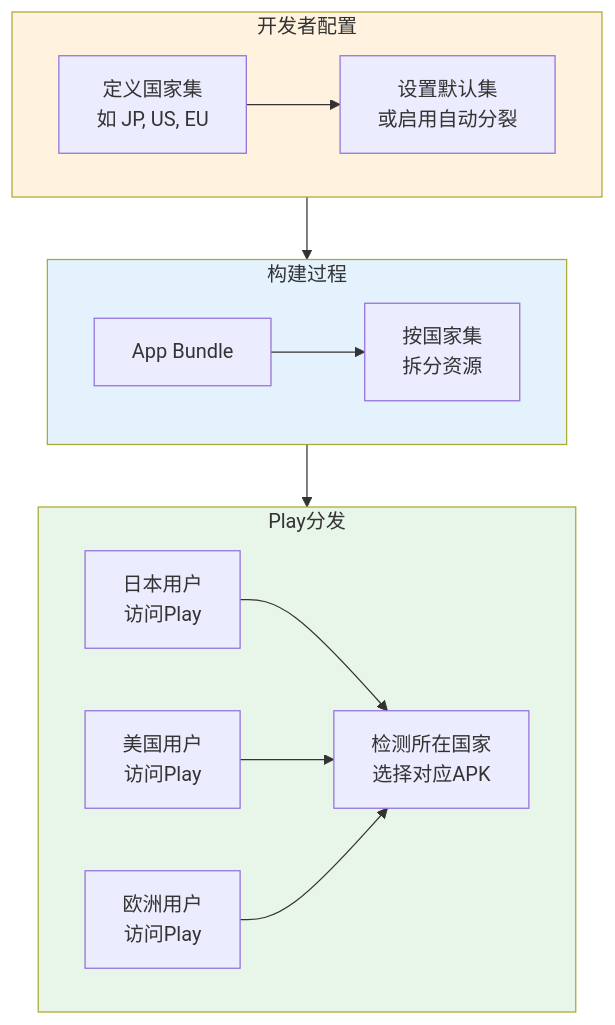
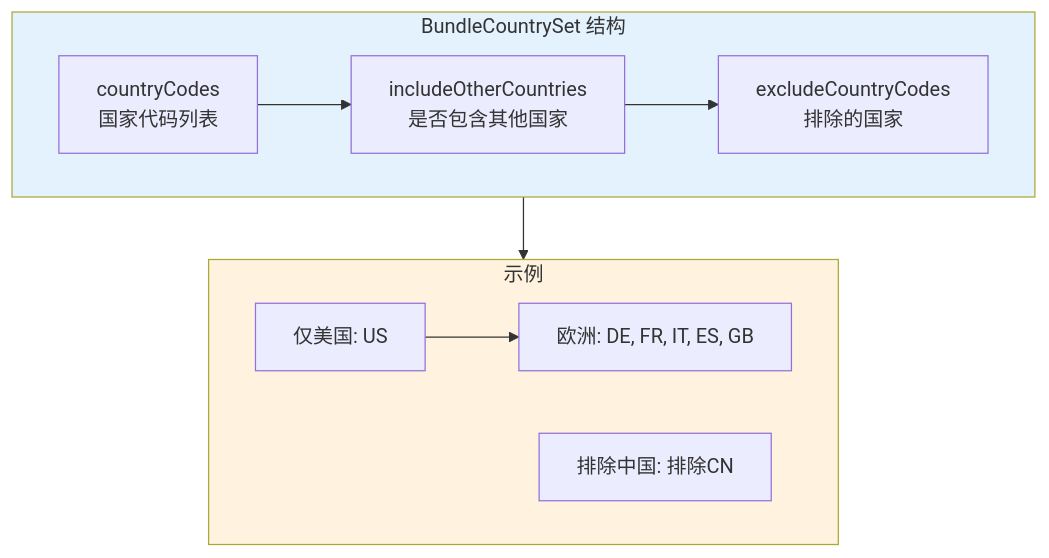
Before and after one commit to Carrie-L/carrie-l.github.io: the second of 6 diagrams in AndroidDeveloperGuideStory/Contents/vol21/21.1.92 捆绑国家集.md, drawn with Mermaid. The commit also changed other lines of this file, not shown here.

````diff
--- a/AndroidDeveloperGuideStory/Contents/vol21/21.1.92 捆绑国家集.md
+++ b/AndroidDeveloperGuideStory/Contents/vol21/21.1.92 捆绑国家集.md
@@ -81,22 +79,21 @@
 ```mermaid
 flowchart TB
-    subgraph Config["开发者配置"]
-        C1[定义国家集<br/>如 JP, US, EU] --> C2[设置默认集<br/>或启用自动分裂]
+    subgraph CountrySet["BundleCountrySet 结构"]
+        
+        CS1[countryCodes<br/>国家代码列表] --> CS2[includeOtherCountries<br/>是否包含其他国家]
+        CS2 --> CS3[excludeCountryCodes<br/>排除的国家]
+        
     end
     
-    subgraph Build["构建过程"]
-        B1[App Bundle] --> B2[按国家集<br/>拆分资源]
+    subgraph Example["示例"]
+        
+        E1[仅美国: US] --> E2[欧洲: DE, FR, IT, ES, GB]
+        E3[排除中国: 排除CN]
+        
     end
     
-    subgraph Distribution["Play分发"]
-        D1[日本用户<br/>访问Play] --> D2[检测所在国家<br/>选择对应APK]
-        D3[美国用户<br/>访问Play] --> D2
-        D4[欧洲用户<br/>访问Play] --> D2
-    end
+    CountrySet --> Example
     
-    Config --> Build --> Distribution
-    
-    style Config fill:#fff3e0
-    style Build fill:#e3f2fd
-    style Distribution fill:#e8f5e9
+    style CountrySet fill:#e3f2fd
+    style Example fill:#fff3e0
 ```
````
